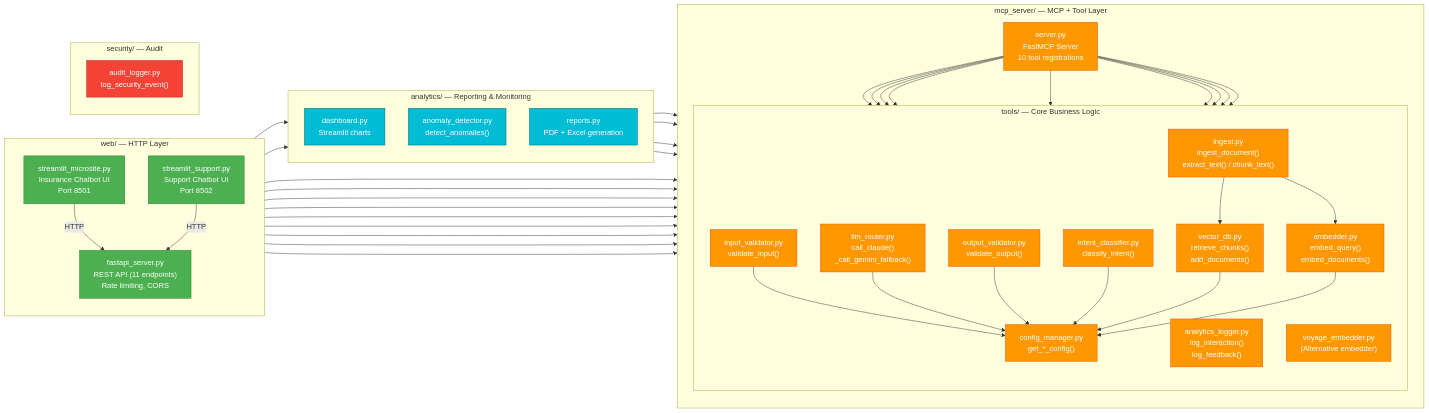
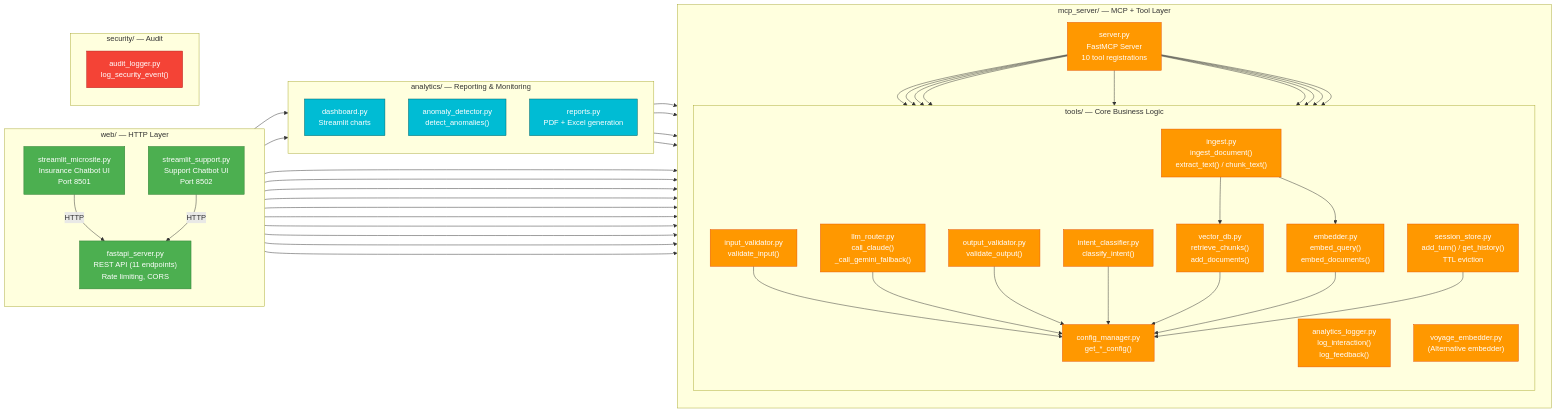
The diagram in prd/docs/diagrams/02-component-diagram.mmd (rajrkdev/ai-lab), drawn with Mermaid before and after one commit. The commit also changed 16 other files, not shown here.

```diff
--- a/prd/docs/diagrams/02-component-diagram.mmd
+++ b/prd/docs/diagrams/02-component-diagram.mmd
@@ -1,91 +1,94 @@
 %% InsureChat v3.0 — Package & Component Diagram
 %% Shows Python packages, modules, and their import dependencies
 
 graph LR
     subgraph web["web/ — HTTP Layer"]
         direction TB
         FSP["fastapi_server.py<br/>REST API (11 endpoints)<br/>Rate limiting, CORS"]
         STM["streamlit_microsite.py<br/>Insurance Chatbot UI<br/>Port 8501"]
         STS["streamlit_support.py<br/>Support Chatbot UI<br/>Port 8502"]
     end
 
     subgraph mcp["mcp_server/ — MCP + Tool Layer"]
         direction TB
         SRV["server.py<br/>FastMCP Server<br/>10 tool registrations"]
 
         subgraph tools["tools/ — Core Business Logic"]
             direction TB
             IV2["input_validator.py<br/>validate_input()"]
             IC3["intent_classifier.py<br/>classify_intent()"]
             EMB2["embedder.py<br/>embed_query()<br/>embed_documents()"]
             VDB2["vector_db.py<br/>retrieve_chunks()<br/>add_documents()"]
             LLM2["llm_router.py<br/>call_claude()<br/>_call_gemini_fallback()"]
             OV2["output_validator.py<br/>validate_output()"]
             ING2["ingest.py<br/>ingest_document()<br/>extract_text() / chunk_text()"]
             AL2["analytics_logger.py<br/>log_interaction()<br/>log_feedback()"]
             CM2["config_manager.py<br/>get_*_config()"]
+            SS2["session_store.py<br/>add_turn() / get_history()<br/>TTL eviction"]
             VE["voyage_embedder.py<br/>(Alternative embedder)"]
         end
     end
 
     subgraph analytics["analytics/ — Reporting & Monitoring"]
         direction TB
         DASH2["dashboard.py<br/>Streamlit charts"]
         ANOM2["anomaly_detector.py<br/>detect_anomalies()"]
         REP2["reports.py<br/>PDF + Excel generation"]
     end
 
     subgraph security["security/ — Audit"]
         direction TB
         AUD["audit_logger.py<br/>log_security_event()"]
     end
 
     %% Dependencies
     FSP --> IV2
     FSP --> EMB2
     FSP --> VDB2
     FSP --> LLM2
     FSP --> OV2
     FSP --> IC3
     FSP --> AL2
     FSP --> ING2
     FSP --> CM2
+    FSP --> SS2
     FSP --> ANOM2
     FSP --> REP2
 
     STM -->|"HTTP"| FSP
     STS -->|"HTTP"| FSP
 
     SRV --> IV2
     SRV --> EMB2
     SRV --> VDB2
     SRV --> LLM2
     SRV --> OV2
     SRV --> IC3
     SRV --> AL2
     SRV --> ING2
     SRV --> CM2
 
     ING2 --> EMB2
     ING2 --> VDB2
     ANOM2 --> AL2
     ANOM2 --> CM2
     DASH2 --> AL2
     REP2 --> AL2
 
     IV2 --> CM2
     LLM2 --> CM2
     OV2 --> CM2
     IC3 --> CM2
     VDB2 --> CM2
     EMB2 --> CM2
+    SS2 --> CM2
 
     classDef webPkg fill:#4CAF50,stroke:#2E7D32,color:#fff
     classDef toolPkg fill:#FF9800,stroke:#E65100,color:#fff
     classDef analyticsPkg fill:#00BCD4,stroke:#006064,color:#fff
     classDef secPkg fill:#F44336,stroke:#B71C1C,color:#fff
 
     class FSP,STM,STS webPkg
-    class SRV,IV2,IC3,EMB2,VDB2,LLM2,OV2,ING2,AL2,CM2,VE toolPkg
+    class SRV,IV2,IC3,EMB2,VDB2,LLM2,OV2,ING2,AL2,CM2,SS2,VE toolPkg
     class DASH2,ANOM2,REP2 analyticsPkg
     class AUD secPkg
```
